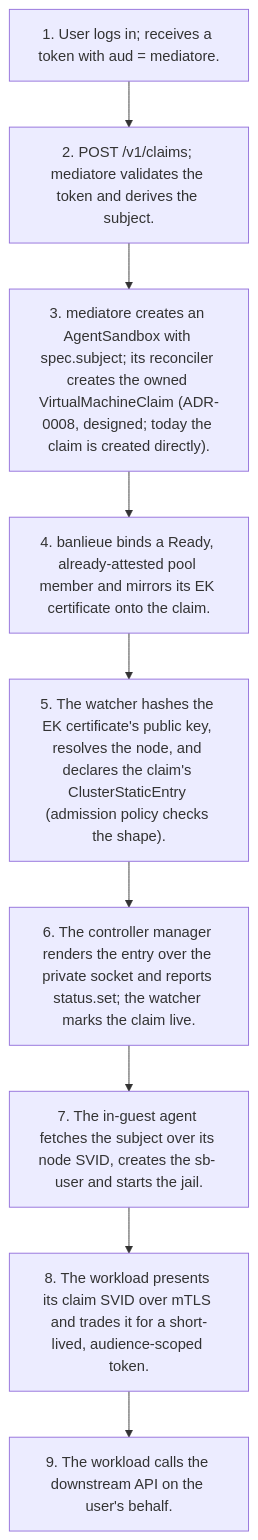
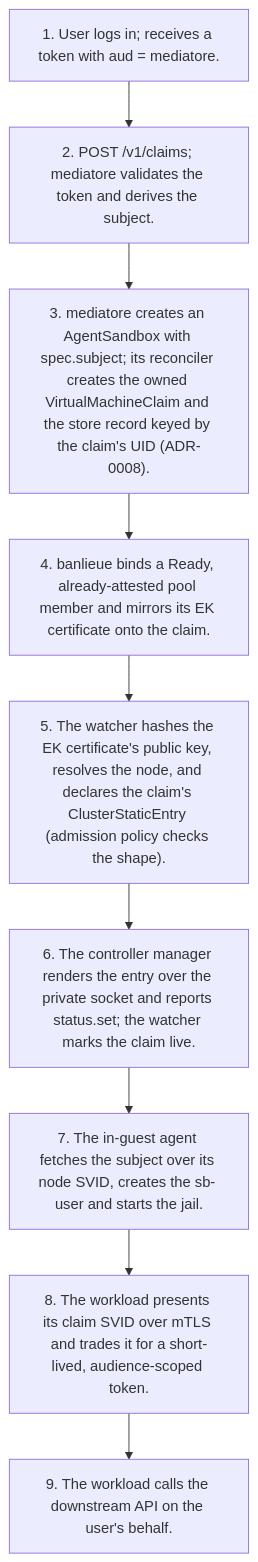
The first of 3 diagrams in docs/architecture/diagrams/flows.md (firestoned/mediatore), drawn with Mermaid before and after one commit. The commit also changed 42 other files, not shown here.

First line of the commit message:
feat(claims): the AgentSandbox CRD and reconciler (ADR-0008); roadmap 08 done (#24)

````diff
--- a/docs/architecture/diagrams/flows.md
+++ b/docs/architecture/diagrams/flows.md
@@ -29,13 +29,13 @@
 ```mermaid
 flowchart TD
     t1["1. User logs in; receives a token with aud = mediatore."]
     t2["2. POST /v1/claims; mediatore validates the token and derives the subject."]
-    t3["3. mediatore creates an AgentSandbox with spec.subject; its reconciler creates the owned VirtualMachineClaim (ADR-0008, designed; today the claim is created directly)."]
+    t3["3. mediatore creates an AgentSandbox with spec.subject; its reconciler creates the owned VirtualMachineClaim and the store record keyed by the claim's UID (ADR-0008)."]
     t4["4. banlieue binds a Ready, already-attested pool member and mirrors its EK certificate onto the claim."]
     t5["5. The watcher hashes the EK certificate's public key, resolves the node, and declares the claim's ClusterStaticEntry (admission policy checks the shape)."]
     t6["6. The controller manager renders the entry over the private socket and reports status.set; the watcher marks the claim live."]
     t7["7. The in-guest agent fetches the subject over its node SVID, creates the sb- user and starts the jail."]
     t8["8. The workload presents its claim SVID over mTLS and trades it for a short-lived, audience-scoped token."]
     t9["9. The workload calls the downstream API on the user's behalf."]
     t1 --> t2 --> t3 --> t4 --> t5 --> t6 --> t7 --> t8 --> t9
 ```
````
